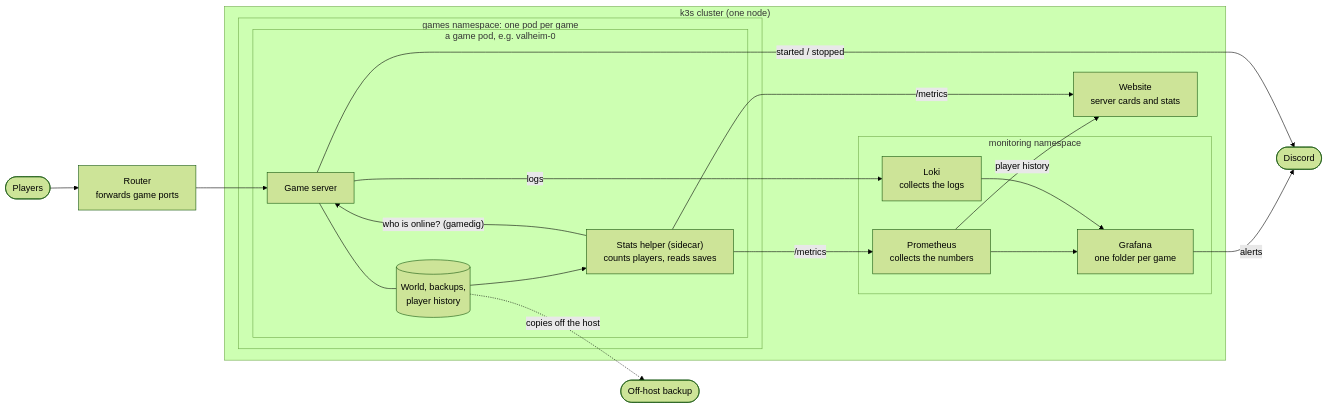
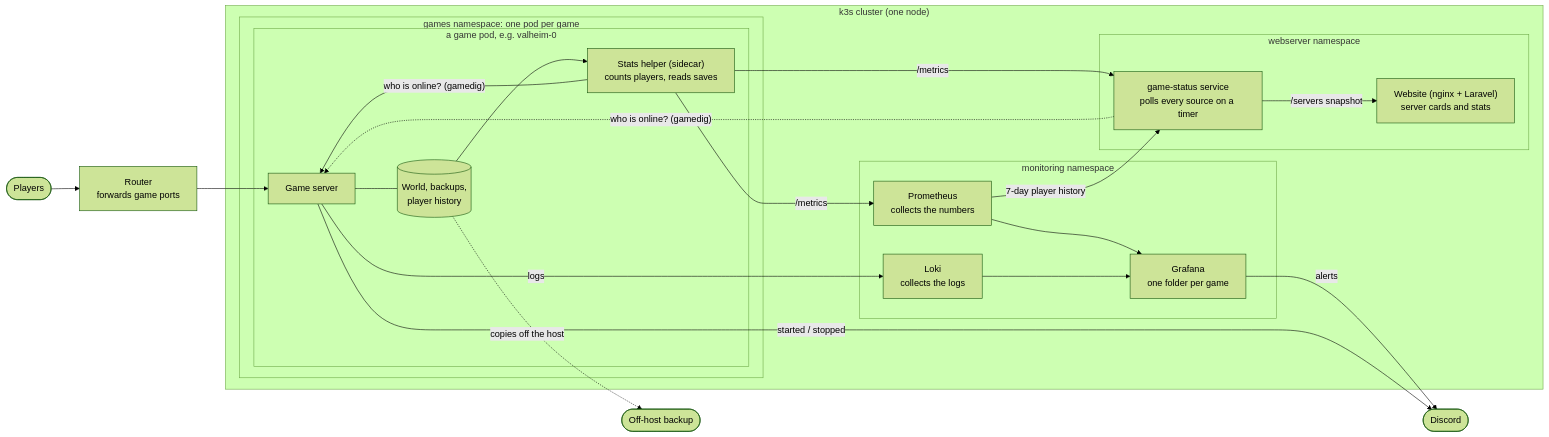
One commit to mindaugaskasp/k3s-gameservers changed the diagram in docs/overview.md. Above: the diagram before and after it, drawn with Mermaid (forest theme). The commit also changed other lines of this file and 1 other file, not shown here.

Commit message:
Show game-status as the website's one collector in the overview diagram
game-status reads each sidecar's /metrics, queries each server with gamedig
and pulls a week of player history from Prometheus; the site reads only its
/servers snapshot. Dragonwilds is now on the website.

````diff
--- a/docs/overview.md
+++ b/docs/overview.md
@@ -6,38 +6,43 @@
 ```mermaid
 flowchart LR
     players(["Players"])
     router["Router<br/>forwards game ports"]
     players --> router
 
     subgraph cluster["k3s cluster (one node)"]
         subgraph games["games namespace: one pod per game"]
             subgraph pod["a game pod, e.g. valheim-0"]
                 server["Game server"]
                 sidecar["Stats helper (sidecar)<br/>counts players, reads saves"]
                 volume[("World, backups,<br/>player history")]
                 server --- volume
                 volume --> sidecar
                 sidecar -- "who is online? (gamedig)" --> server
             end
         end
 
         subgraph monitoring["monitoring namespace"]
             prometheus["Prometheus<br/>collects the numbers"]
             loki["Loki<br/>collects the logs"]
             grafana["Grafana<br/>one folder per game"]
             prometheus --> grafana
             loki --> grafana
         end
 
-        website["Website<br/>server cards and stats"]
+        subgraph webserver["webserver namespace"]
+            gamestatus["game-status service<br/>polls every source on a timer"]
+            website["Website (nginx + Laravel)<br/>server cards and stats"]
+            gamestatus -- "/servers snapshot" --> website
+        end
     end
 
     router --> server
     sidecar -- "/metrics" --> prometheus
-    sidecar -- "/metrics" --> website
-    prometheus -- "player history" --> website
+    sidecar -- "/metrics" --> gamestatus
+    gamestatus -. "who is online? (gamedig)" .-> server
+    prometheus -- "7-day player history" --> gamestatus
     server -- "logs" --> loki
     grafana -- "alerts" --> discord(["Discord"])
     server -- "started / stopped" --> discord
     volume -. "copies off the host" .-> offsite(["Off-host backup"])
 ```
````
